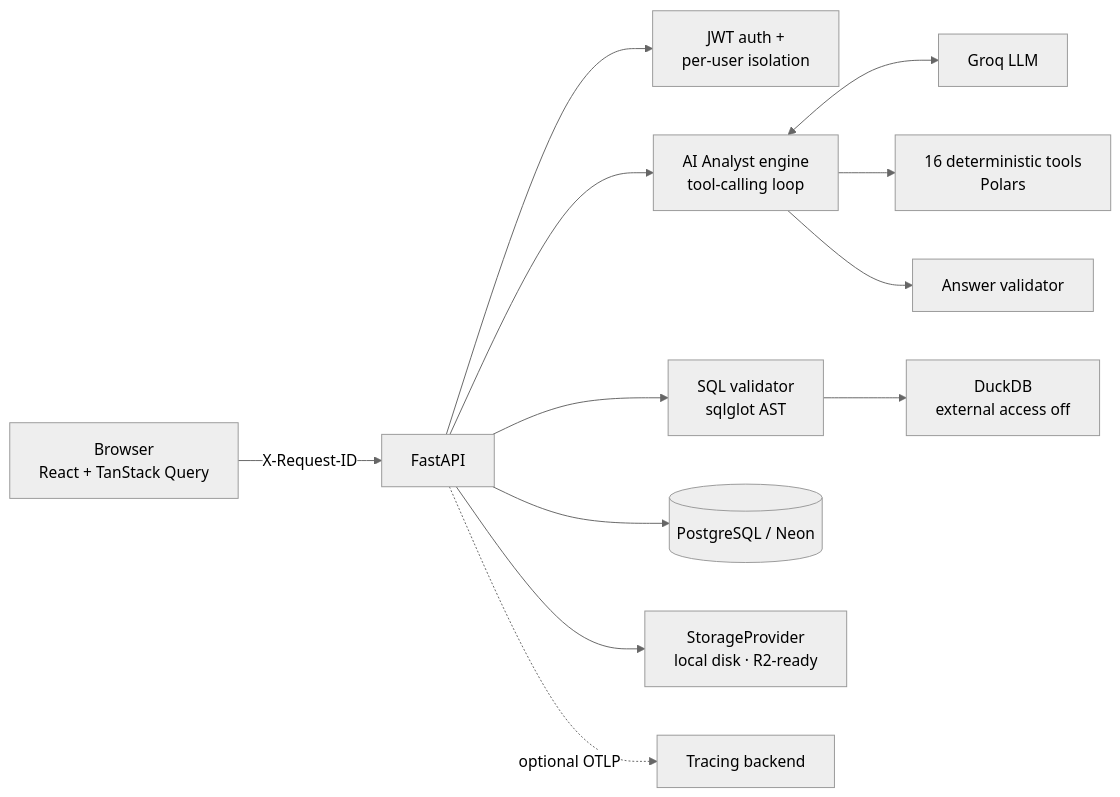
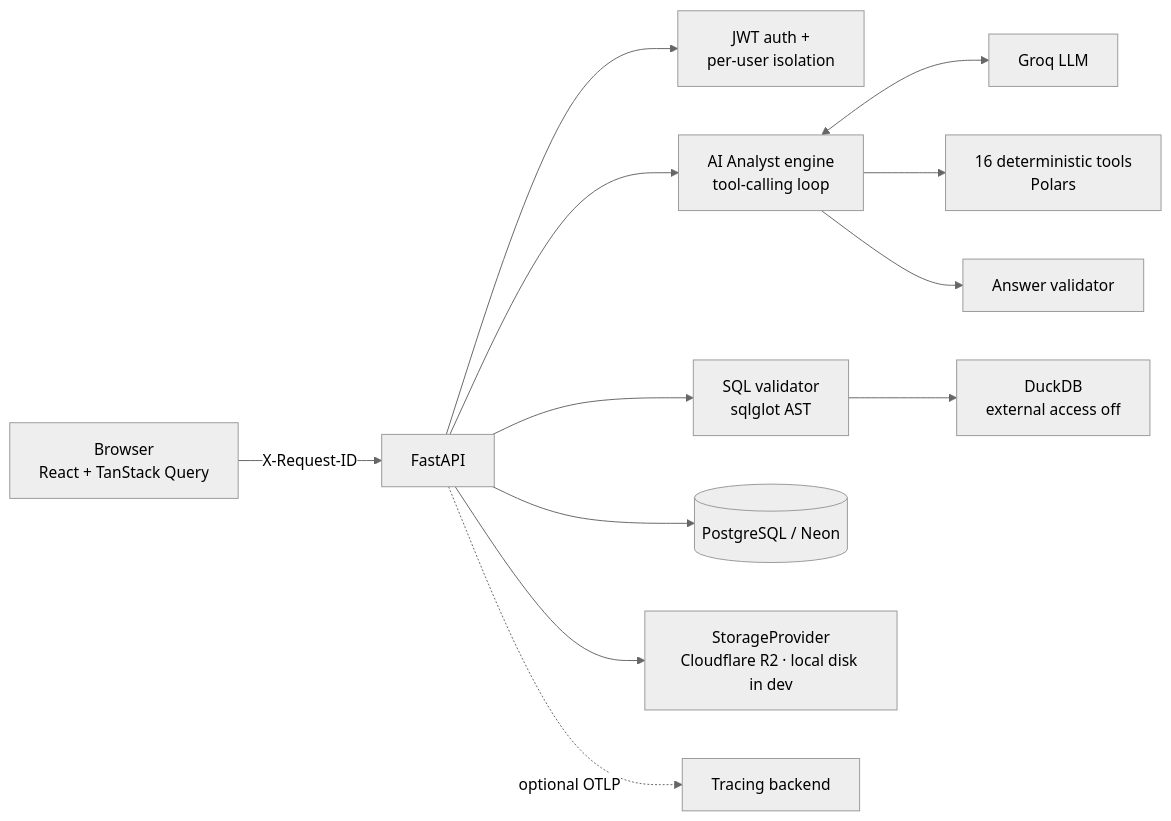
The diagram in README.md (Aakif9866/PULSEIQ), drawn with Mermaid (neutral theme) before and after one commit. The commit also changed 7 other files, not shown here.

First line of the commit message:
feat(storage): Cloudflare R2 verified live; Render uses R2

````diff
--- a/README.md
+++ b/README.md
@@ -33,13 +33,13 @@
 ```mermaid
 flowchart LR
     U[Browser<br/>React + TanStack Query] -- "X-Request-ID" --> API[FastAPI]
     API --> AUTH[JWT auth +<br/>per-user isolation]
     API --> ENG[AI Analyst engine<br/>tool-calling loop]
     ENG <--> LLM[Groq LLM]
     ENG --> TOOLS[16 deterministic tools<br/>Polars]
     ENG --> VAL[Answer validator]
     API --> SQL[SQL validator<br/>sqlglot AST] --> DUCK[DuckDB<br/>external access off]
     API --> PG[(PostgreSQL / Neon)]
-    API --> ST[StorageProvider<br/>local disk · R2-ready]
+    API --> ST[StorageProvider<br/>Cloudflare R2 · local disk in dev]
     API -. optional OTLP .-> OTEL[Tracing backend]
 ```
````
